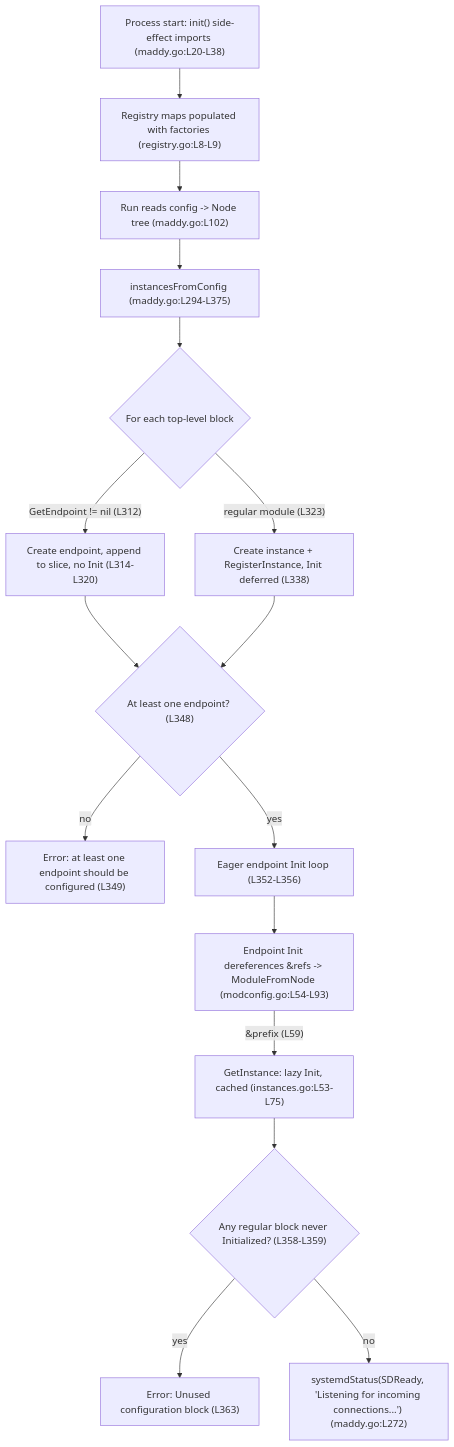
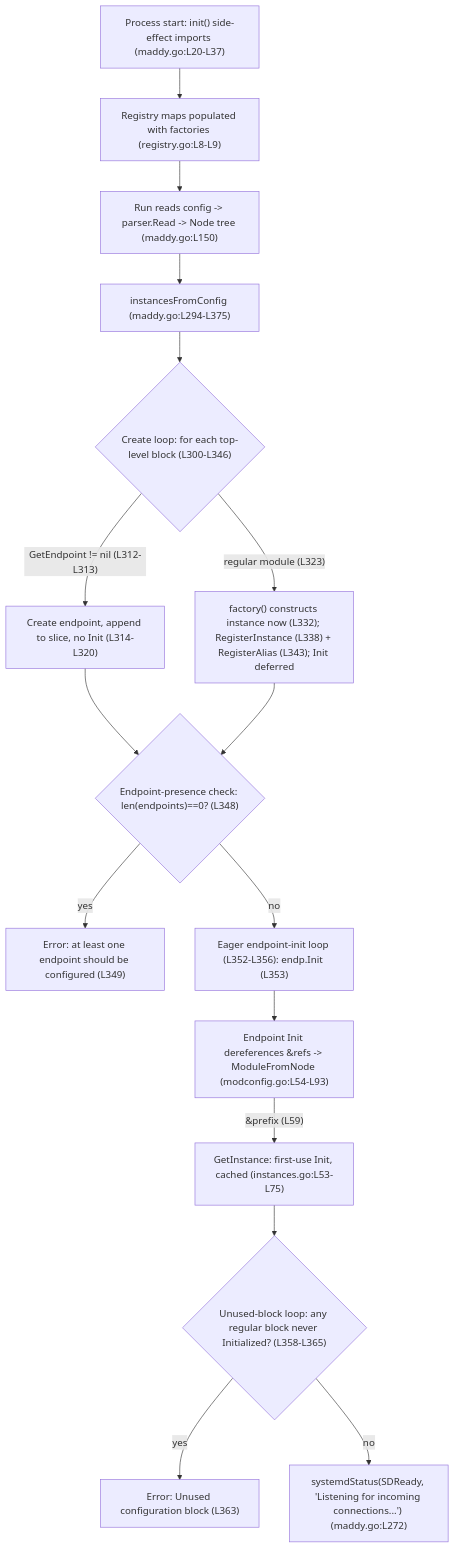
The diagram in blitzy/documentation/maddy_26452dd8dd78.md (blitzy-research/maddy), drawn with Mermaid before and after one commit. The commit also changed other lines of this file, not shown here.

First line of the commit message:
docs(maddy): resolve all 13 code-review findings on module-system onboarding doc

````diff
--- a/blitzy/documentation/maddy_26452dd8dd78.md
+++ b/blitzy/documentation/maddy_26452dd8dd78.md
@@ -56,18 +158,18 @@
 ```mermaid
 flowchart TD
-    A["Process start: init() side-effect imports (maddy.go:L20-L38)"] --> B["Registry maps populated with factories (registry.go:L8-L9)"]
-    B --> C["Run reads config -> Node tree (maddy.go:L102)"]
+    A["Process start: init() side-effect imports (maddy.go:L20-L37)"] --> B["Registry maps populated with factories (registry.go:L8-L9)"]
+    B --> C["Run reads config -> parser.Read -> Node tree (maddy.go:L150)"]
     C --> D["instancesFromConfig (maddy.go:L294-L375)"]
-    D --> E{"For each top-level block"}
-    E -->|"GetEndpoint != nil (L312)"| F["Create endpoint, append to slice, no Init (L314-L320)"]
-    E -->|"regular module (L323)"| G["Create instance + RegisterInstance, Init deferred (L338)"]
-    F --> H{"At least one endpoint? (L348)"}
+    D --> E{"Create loop: for each top-level block (L300-L346)"}
+    E -->|"GetEndpoint != nil (L312-L313)"| F["Create endpoint, append to slice, no Init (L314-L320)"]
+    E -->|"regular module (L323)"| G["factory() constructs instance now (L332); RegisterInstance (L338) + RegisterAlias (L343); Init deferred"]
+    F --> H{"Endpoint-presence check: len(endpoints)==0? (L348)"}
     G --> H
-    H -->|no| I["Error: at least one endpoint should be configured (L349)"]
-    H -->|yes| J["Eager endpoint Init loop (L352-L356)"]
+    H -->|yes| I["Error: at least one endpoint should be configured (L349)"]
+    H -->|no| J["Eager endpoint-init loop (L352-L356): endp.Init (L353)"]
     J --> K["Endpoint Init dereferences &refs -> ModuleFromNode (modconfig.go:L54-L93)"]
-    K -->|"&prefix (L59)"| L["GetInstance: lazy Init, cached (instances.go:L53-L75)"]
-    L --> M{"Any regular block never Initialized? (L358-L359)"}
+    K -->|"&prefix (L59)"| L["GetInstance: first-use Init, cached (instances.go:L53-L75)"]
+    L --> M{"Unused-block loop: any regular block never Initialized? (L358-L365)"}
     M -->|yes| N["Error: Unused configuration block (L363)"]
     M -->|no| O["systemdStatus(SDReady, 'Listening for incoming connections...') (maddy.go:L272)"]
 ```
````
